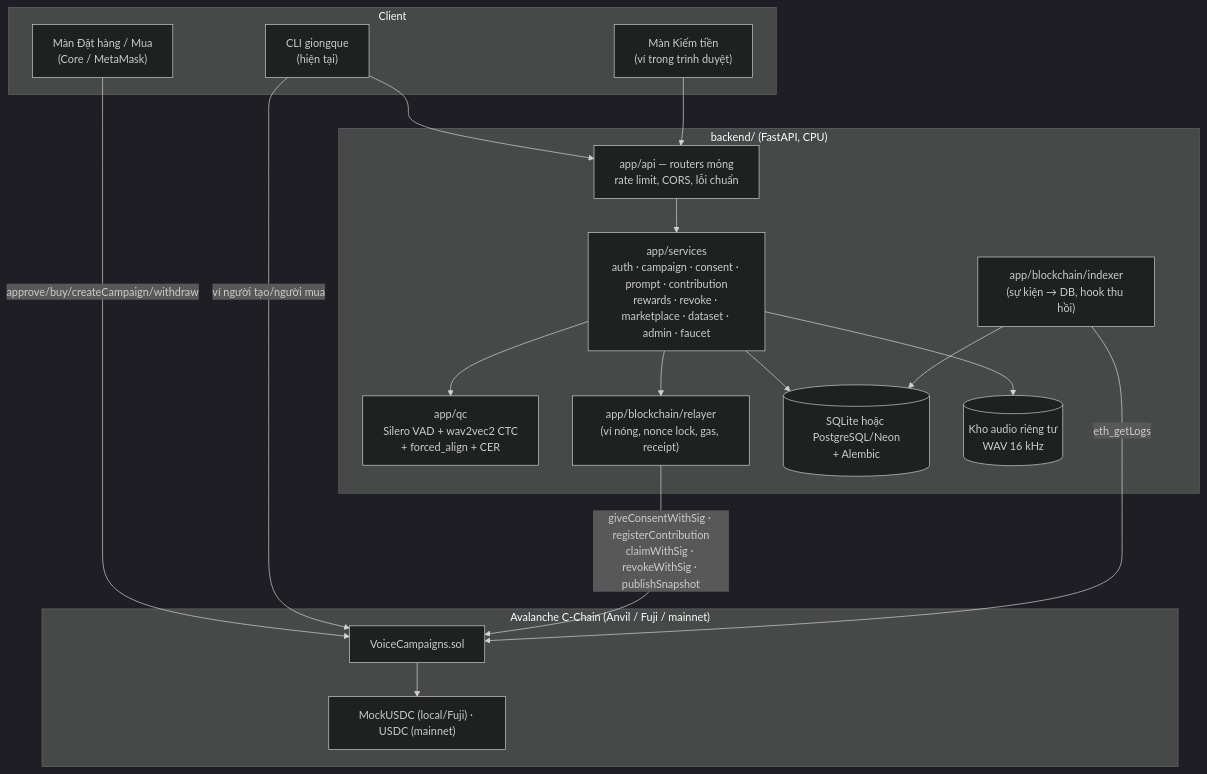
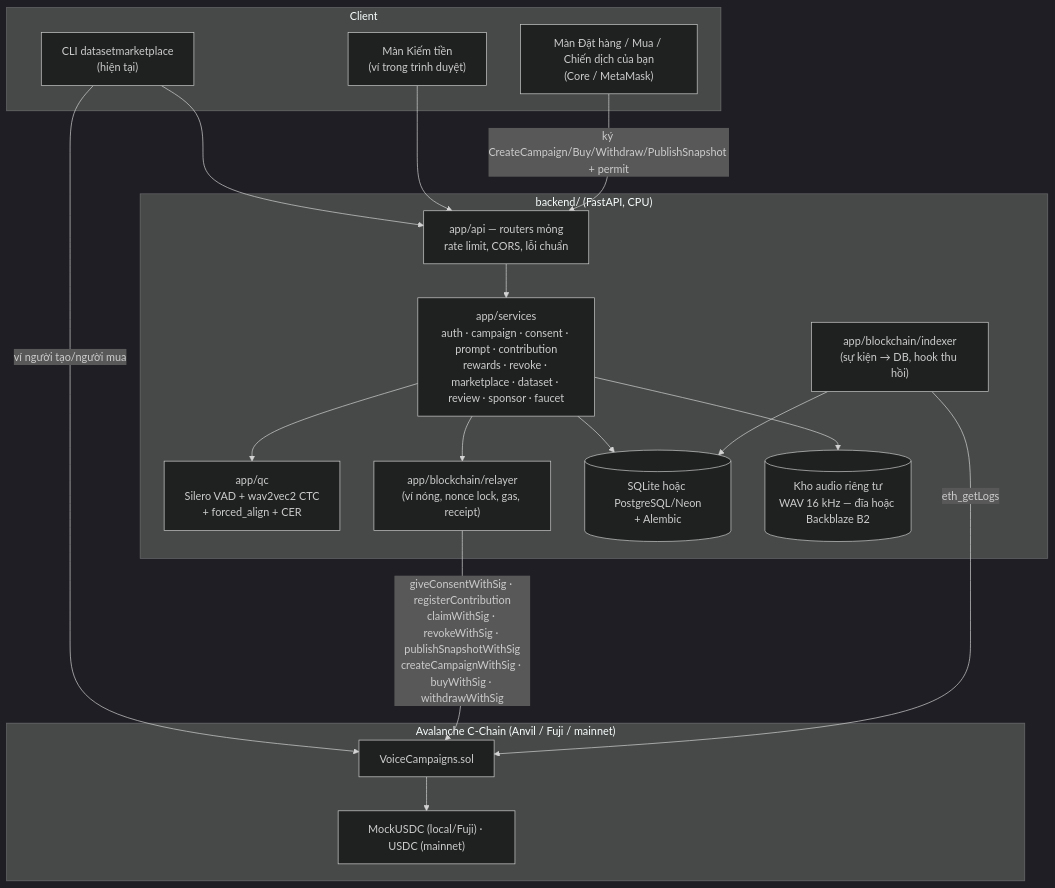
One commit to ZelusIsMe-05/DatasetMarketplace changed the first of 2 diagrams in docs/architecture.md. Above: the diagram before and after it, drawn with Mermaid (dark theme). The commit also changed other lines of this file and 154 other files, not shown here.

````diff
--- a/docs/architecture.md
+++ b/docs/architecture.md
@@ -6,34 +6,34 @@
 ```mermaid
 flowchart TB
     subgraph Client["Client"]
-        CLI["CLI giongque<br/>(hiện tại)"]
+        CLI["CLI datasetmarketplace<br/>(hiện tại)"]
         FE1["Màn Kiếm tiền<br/>(ví trong trình duyệt)"]
-        FE2["Màn Đặt hàng / Mua<br/>(Core / MetaMask)"]
+        FE2["Màn Đặt hàng / Mua / Chiến dịch của bạn<br/>(Core / MetaMask)"]
     end
     subgraph Backend["backend/ (FastAPI, CPU)"]
         API["app/api — routers mỏng<br/>rate limit, CORS, lỗi chuẩn"]
-        SVC["app/services<br/>auth · campaign · consent · prompt · contribution<br/>rewards · revoke · marketplace · dataset · admin · faucet"]
+        SVC["app/services<br/>auth · campaign · consent · prompt · contribution<br/>rewards · revoke · marketplace · dataset · review · sponsor · faucet"]
         QC["app/qc<br/>Silero VAD + wav2vec2 CTC<br/>+ forced_align + CER"]
         REL["app/blockchain/relayer<br/>(ví nóng, nonce lock, gas, receipt)"]
         IDX["app/blockchain/indexer<br/>(sự kiện → DB, hook thu hồi)"]
         DB[("SQLite hoặc PostgreSQL/Neon<br/>+ Alembic")]
-        ST[("Kho audio riêng tư<br/>WAV 16 kHz")]
+        ST[("Kho audio riêng tư<br/>WAV 16 kHz — đĩa hoặc Backblaze B2")]
     end
     subgraph Chain["Avalanche C-Chain (Anvil / Fuji / mainnet)"]
         SC["VoiceCampaigns.sol"]
         TK["MockUSDC (local/Fuji) · USDC (mainnet)"]
     end
     CLI --> API
     FE1 --> API
-    FE2 -- approve/buy/createCampaign/withdraw --> SC
+    FE2 -- ký CreateCampaign/Buy/Withdraw/PublishSnapshot + permit --> API
     CLI -- ví người tạo/người mua --> SC
     API --> SVC
     SVC --> QC
     SVC --> DB
     SVC --> ST
     SVC --> REL
-    REL -- giveConsentWithSig · registerContribution<br/>claimWithSig · revokeWithSig · publishSnapshot --> SC
+    REL -- giveConsentWithSig · registerContribution<br/>claimWithSig · revokeWithSig · publishSnapshotWithSig<br/>createCampaignWithSig · buyWithSig · withdrawWithSig --> SC
     IDX -- eth_getLogs --> SC
     IDX --> DB
     SC --> TK
 ```
````
